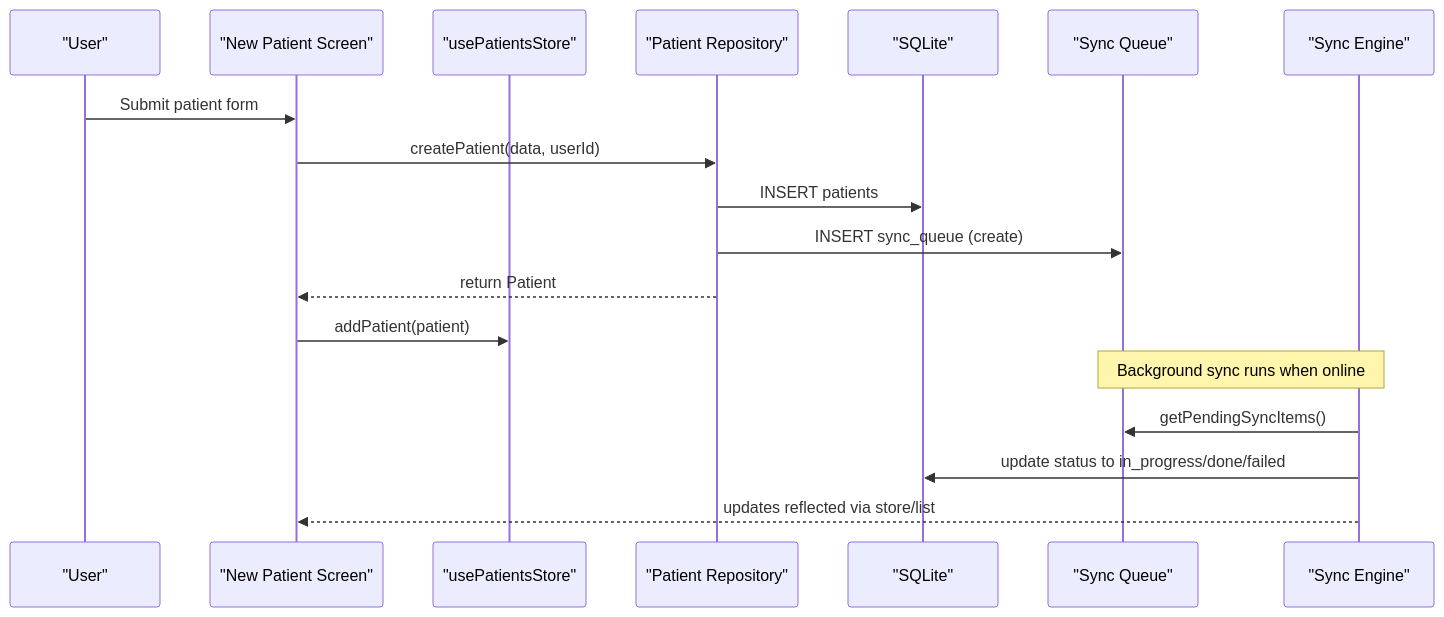
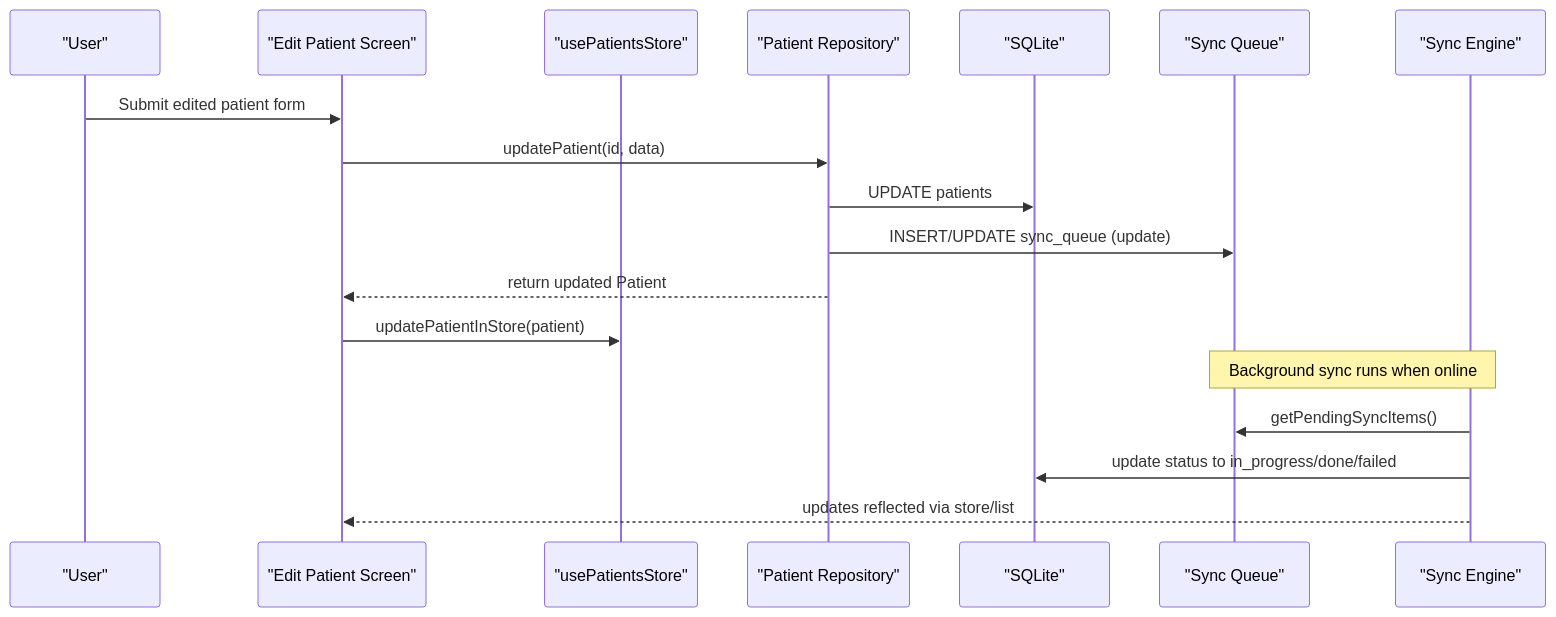
One commit to AdeelTahir-SE/DermSight changed the second of 8 diagrams in .qoder/repowiki/en/content/Patient Management/Patient Management.md. Above: the diagram before and after it, drawn with Mermaid. The commit also changed other lines of this file and 43 other files, not shown here.

````diff
--- a/.qoder/repowiki/en/content/Patient Management/Patient Management.md
+++ b/.qoder/repowiki/en/content/Patient Management/Patient Management.md
@@ -122,20 +140,20 @@
 ```mermaid
 sequenceDiagram
 participant U as "User"
-participant UI as "New Patient Screen"
+participant UI as "Edit Patient Screen"
 participant S as "usePatientsStore"
 participant R as "Patient Repository"
 participant D as "SQLite"
 participant Q as "Sync Queue"
 participant E as "Sync Engine"
-U->>UI : Submit patient form
-UI->>R : createPatient(data, userId)
-R->>D : INSERT patients
-R->>Q : INSERT sync_queue (create)
-R-->>UI : return Patient
-UI->>S : addPatient(patient)
+U->>UI : Submit edited patient form
+UI->>R : updatePatient(id, data)
+R->>D : UPDATE patients
+R->>Q : INSERT/UPDATE sync_queue (update)
+R-->>UI : return updated Patient
+UI->>S : updatePatientInStore(patient)
 Note over E,Q : Background sync runs when online
 E->>Q : getPendingSyncItems()
 E->>D : update status to in_progress/done/failed
 E-->>UI : updates reflected via store/list
 ```
````
